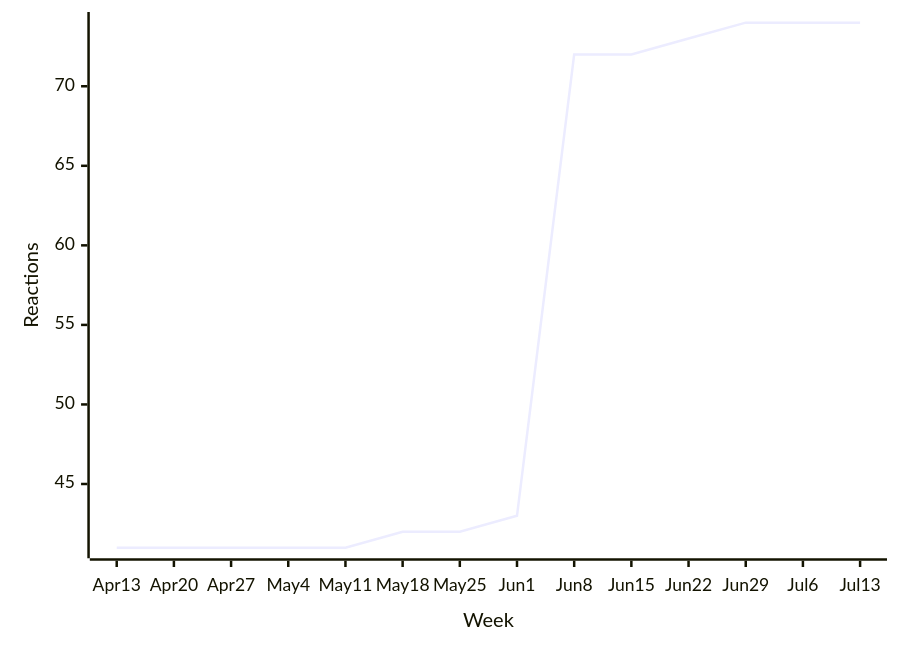
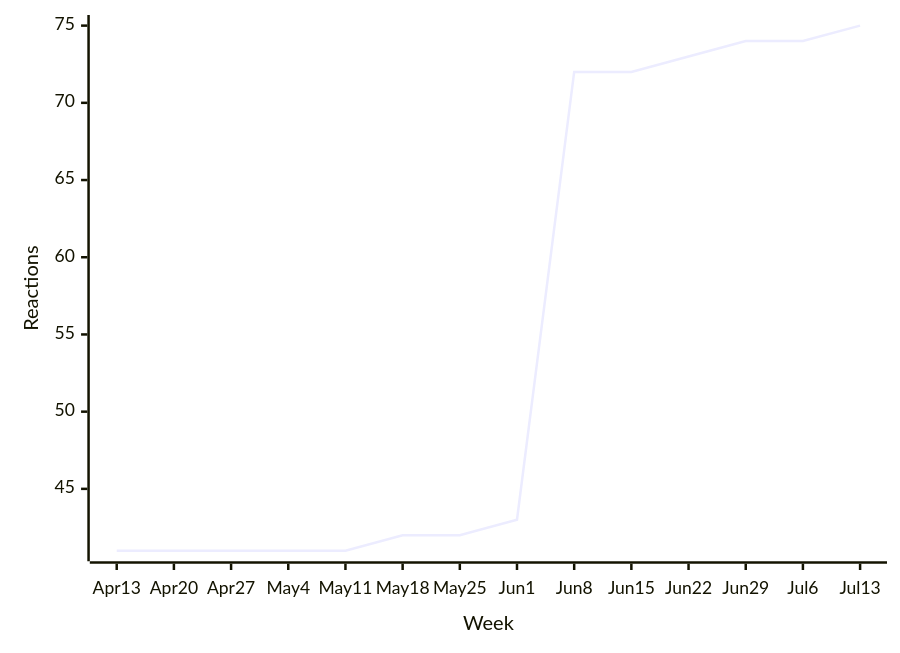
One commit to loic-sharma/github-insights changed the fourth of 51 diagrams in README.md. Above: the diagram before and after it, drawn with Mermaid. The commit also changed other lines of this file and 3 other files, not shown here.

````diff
--- a/README.md
+++ b/README.md
@@ -390,6 +390,6 @@
   ```mermaid
   xychart-beta
     x-axis "Week" [Apr 13, Apr 20, Apr 27, May 4, May 11, May 18, May 25, Jun 1, Jun 8, Jun 15, Jun 22, Jun 29, Jul 6, Jul 13]
     y-axis "Reactions"
-    line [41, 41, 41, 41, 41, 42, 42, 43, 72, 72, 73, 74, 74, 74]
+    line [41, 41, 41, 41, 41, 42, 42, 43, 72, 72, 73, 74, 74, 75]
   ```
````
